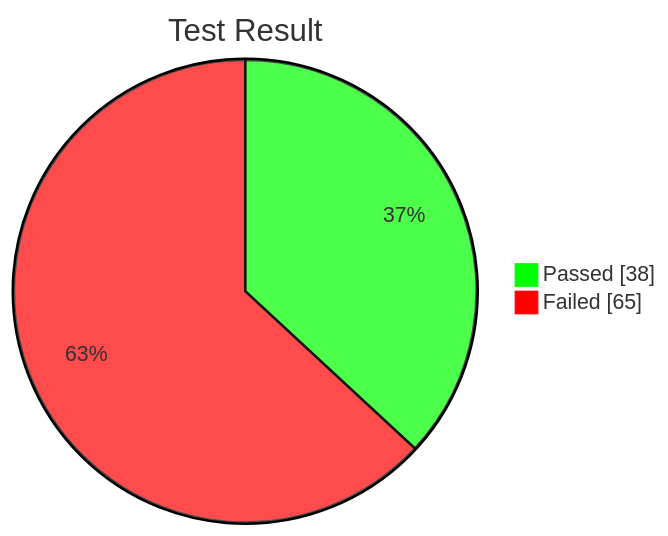
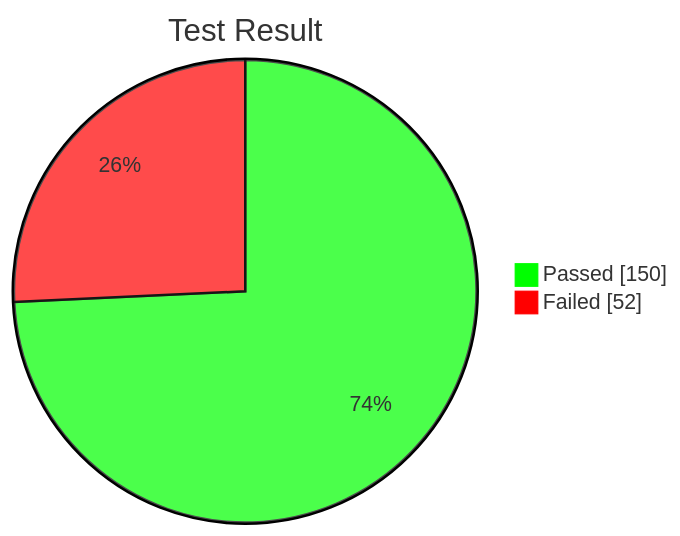
Before and after one commit to solo5star/woowacourse-precourse-judge: the first of 5 diagrams in README.md, drawn with Mermaid. The commit also changed other lines of this file, not shown here.

````diff
--- a/README.md
+++ b/README.md
@@ -115,7 +115,7 @@
 ```mermaid
 %%{init: {'theme': 'base', 'themeVariables': { 'pie1': '#00FF00', 'pie2': '#FF0000' }}}%%
 pie showData
     title Test Result
-    "Passed": 38
-    "Failed": 65
+    "Passed": 150
+    "Failed": 52
 ```
````
